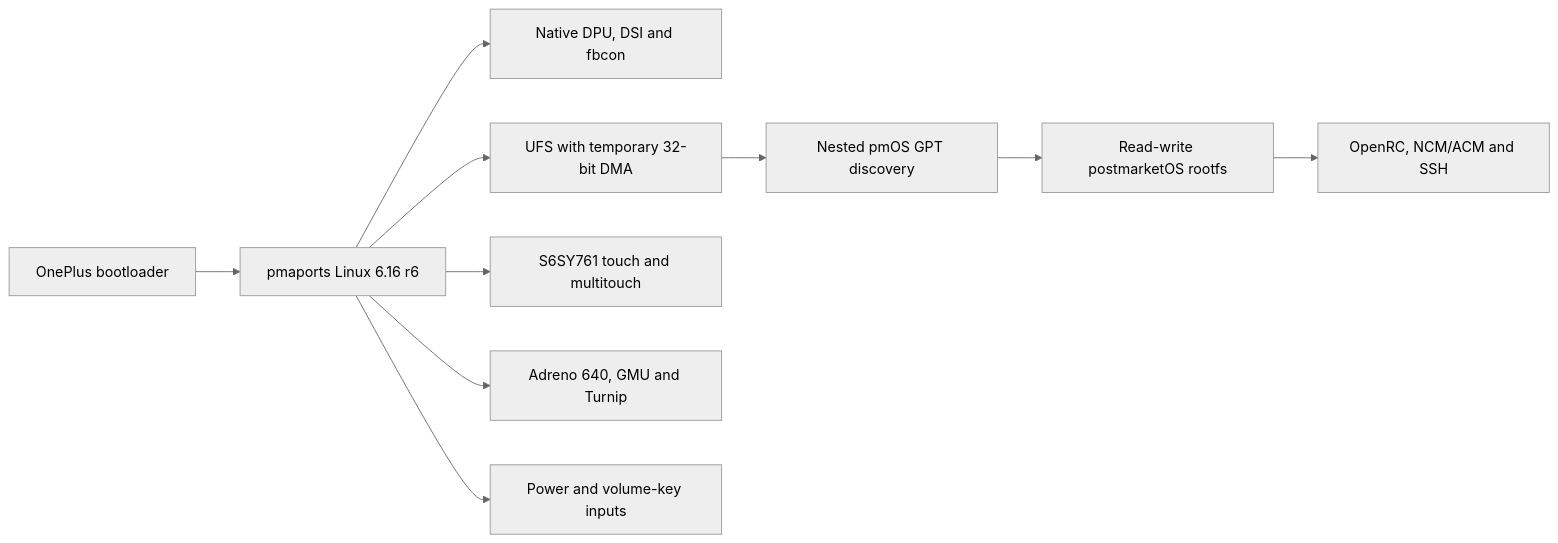
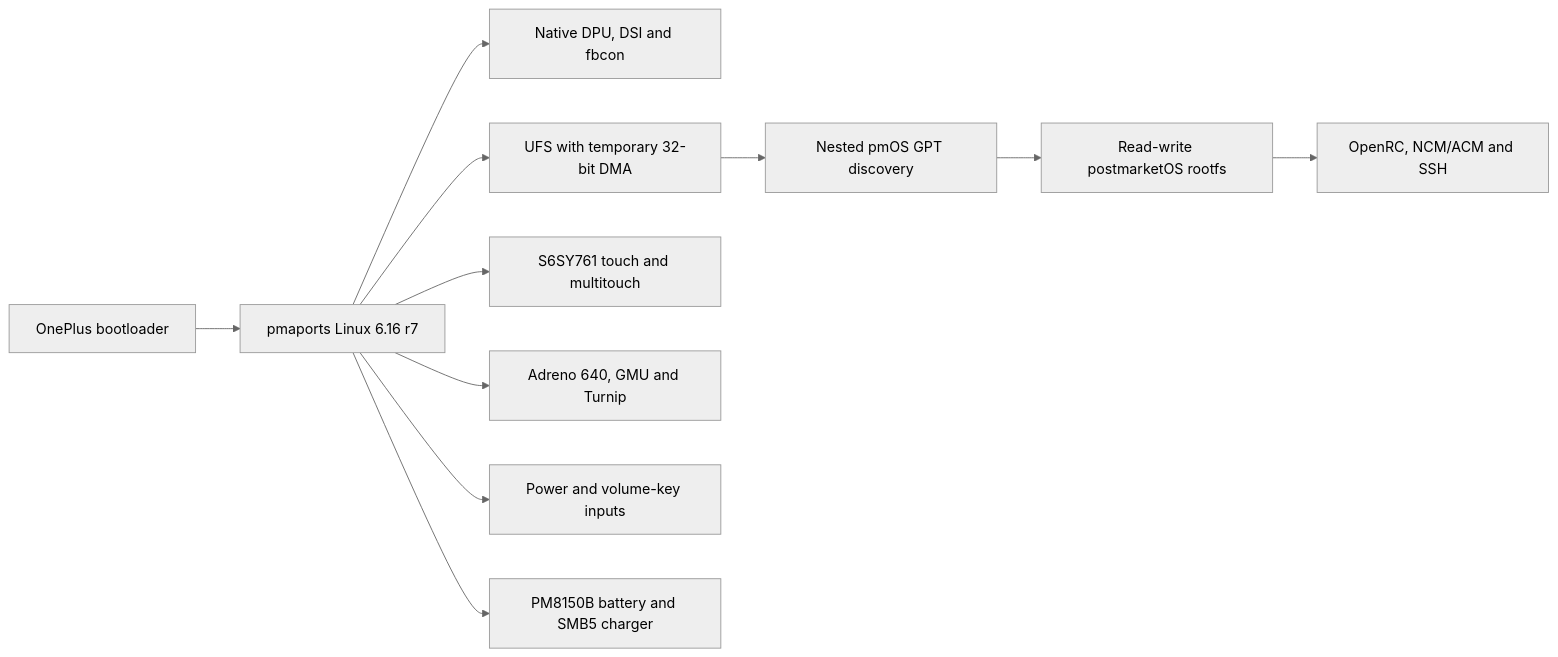
One commit to Sr-0w/hotdog-linux-bringup changed the diagram in README.md. Above: the diagram before and after it, drawn with Mermaid (neutral theme). The commit also changed other lines of this file and 9 other files, not shown here.

````diff
--- a/README.md
+++ b/README.md
@@ -144,12 +152,13 @@
 ```mermaid
 flowchart LR
-    A["OnePlus bootloader"] --> B["pmaports Linux 6.16 r6"]
+    A["OnePlus bootloader"] --> B["pmaports Linux 6.16 r7"]
     B --> C["Native DPU, DSI and fbcon"]
     B --> D["UFS with temporary 32-bit DMA"]
     D --> E["Nested pmOS GPT discovery"]
     E --> F["Read-write postmarketOS rootfs"]
     F --> G["OpenRC, NCM/ACM and SSH"]
     B --> H["S6SY761 touch and multitouch"]
     B --> I["Adreno 640, GMU and Turnip"]
     B --> J["Power and volume-key inputs"]
+    B --> K["PM8150B battery and SMB5 charger"]
 ```
````
